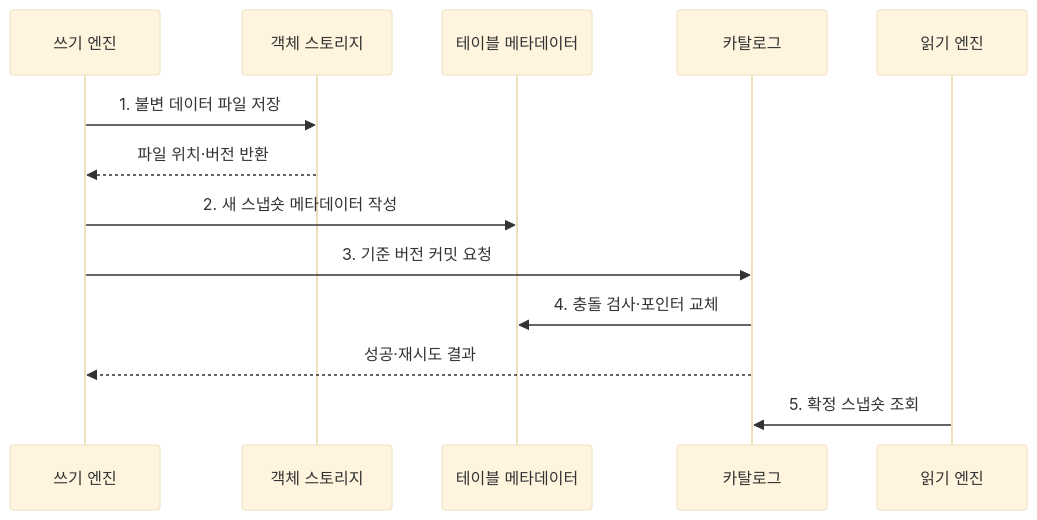
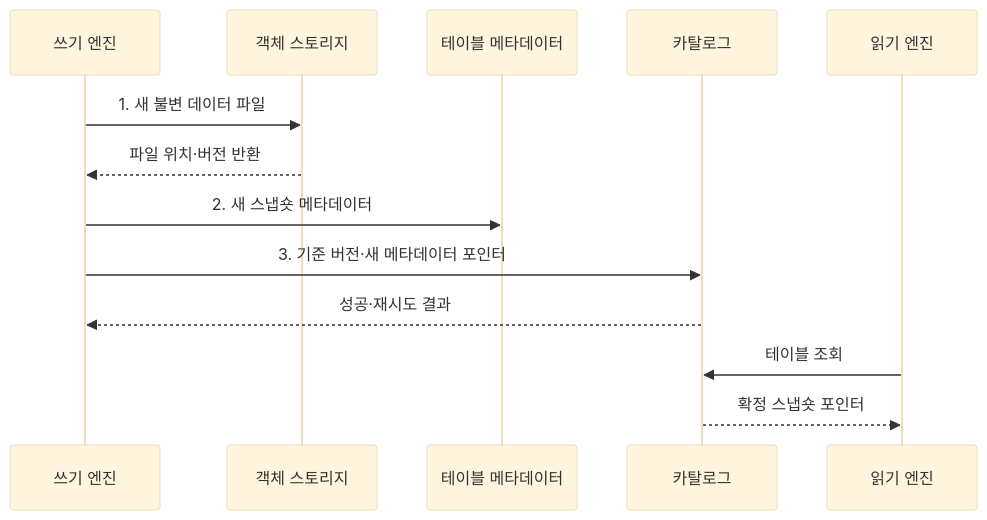
Before and after one commit to agnusdei1207/knowledge-base: the second of 2 diagrams in src/content/docs/notes/03-software/126_data_lakehouse.md, drawn with Mermaid (base theme). The commit also changed other lines of this file and 20 other files, not shown here.

````diff
--- a/src/content/docs/notes/03-software/126_data_lakehouse.md
+++ b/src/content/docs/notes/03-software/126_data_lakehouse.md
@@ -83,15 +92,15 @@
 ```mermaid
 sequenceDiagram
     participant W as 쓰기 엔진
     participant O as 객체 스토리지
     participant M as 테이블 메타데이터
     participant C as 카탈로그
     participant R as 읽기 엔진
-    W->>O: 1. 불변 데이터 파일 저장
+    W->>O: 1. 새 불변 데이터 파일
     O-->>W: 파일 위치·버전 반환
-    W->>M: 2. 새 스냅숏 메타데이터 작성
-    W->>C: 3. 기준 버전 커밋 요청
-    C->>M: 4. 충돌 검사·포인터 교체
+    W->>M: 2. 새 스냅숏 메타데이터
+    W->>C: 3. 기준 버전·새 메타데이터 포인터
     C-->>W: 성공·재시도 결과
-    R->>C: 5. 확정 스냅숏 조회
+    R->>C: 테이블 조회
+    C-->>R: 확정 스냅숏 포인터
 ```
````
